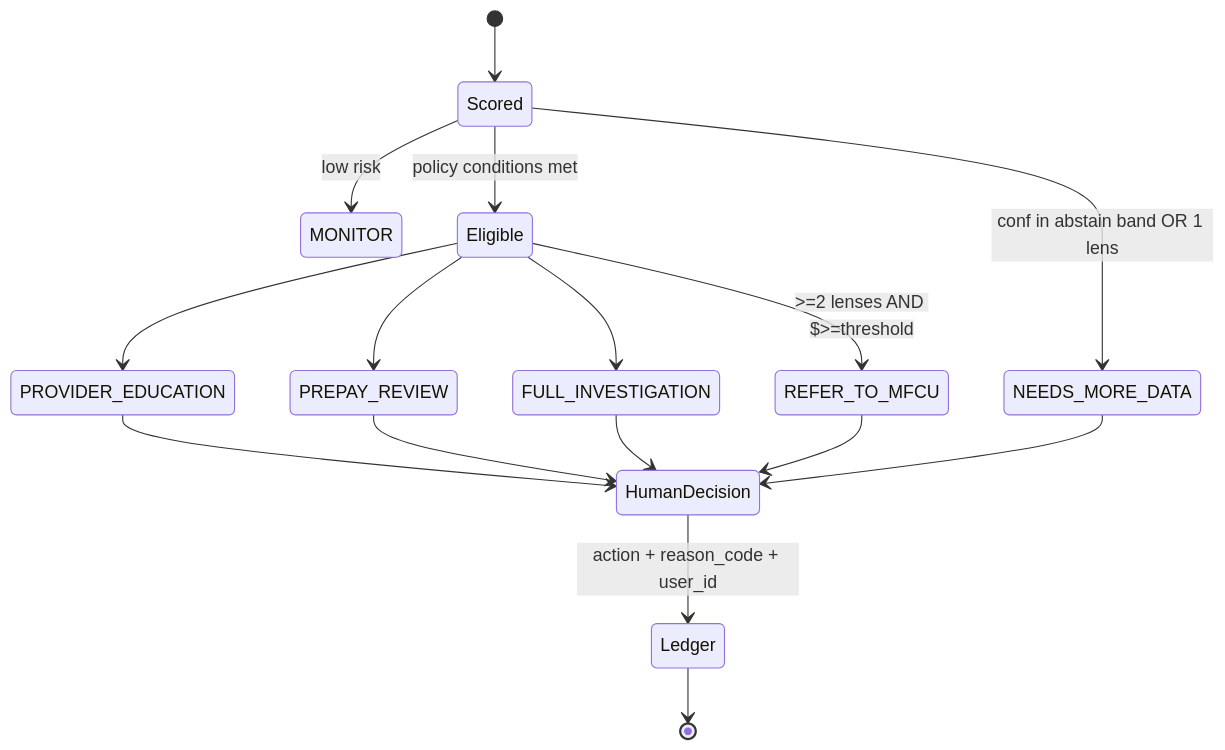
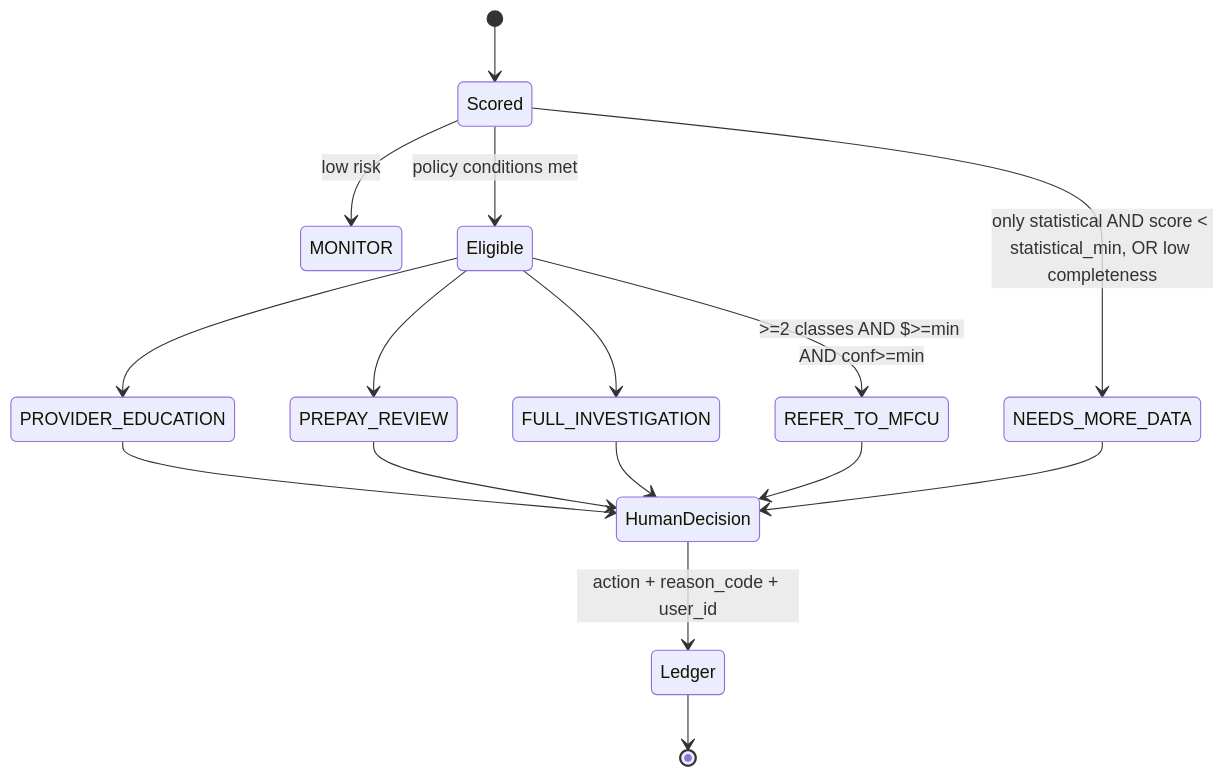
One commit to Aryan27-max/ClaimShield-Nexus changed the fifth of 6 diagrams in ARCHITECTURE.md. Above: the diagram before and after it, drawn with Mermaid. The commit also changed other lines of this file, not shown here.

Commit message:
docs: evidence classes and fusion rules

````diff
--- a/ARCHITECTURE.md
+++ b/ARCHITECTURE.md
@@ -93,18 +93,18 @@
 ```mermaid
 stateDiagram-v2
   [*] --> Scored
-  Scored --> NEEDS_MORE_DATA: conf in abstain band OR 1 lens
+  Scored --> NEEDS_MORE_DATA: only statistical AND score < statistical_min, OR low completeness
   Scored --> MONITOR: low risk
   Scored --> Eligible: policy conditions met
   Eligible --> PROVIDER_EDUCATION
   Eligible --> PREPAY_REVIEW
   Eligible --> FULL_INVESTIGATION
-  Eligible --> REFER_TO_MFCU: >=2 lenses AND $>=threshold
+  Eligible --> REFER_TO_MFCU: >=2 classes AND $>=min AND conf>=min
   PROVIDER_EDUCATION --> HumanDecision
   PREPAY_REVIEW --> HumanDecision
   FULL_INVESTIGATION --> HumanDecision
   REFER_TO_MFCU --> HumanDecision
   NEEDS_MORE_DATA --> HumanDecision
   HumanDecision --> Ledger: action + reason_code + user_id
   Ledger --> [*]
 ```
````
